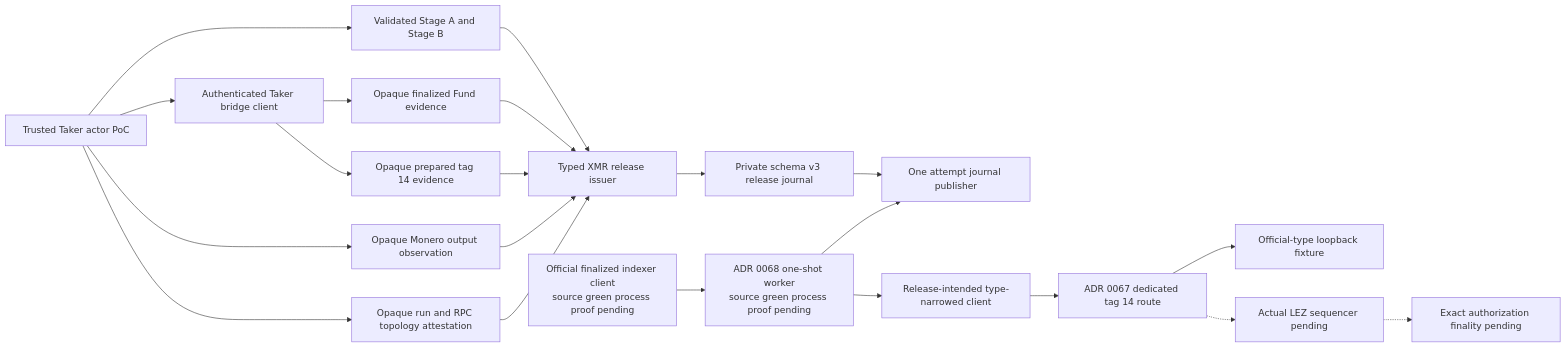
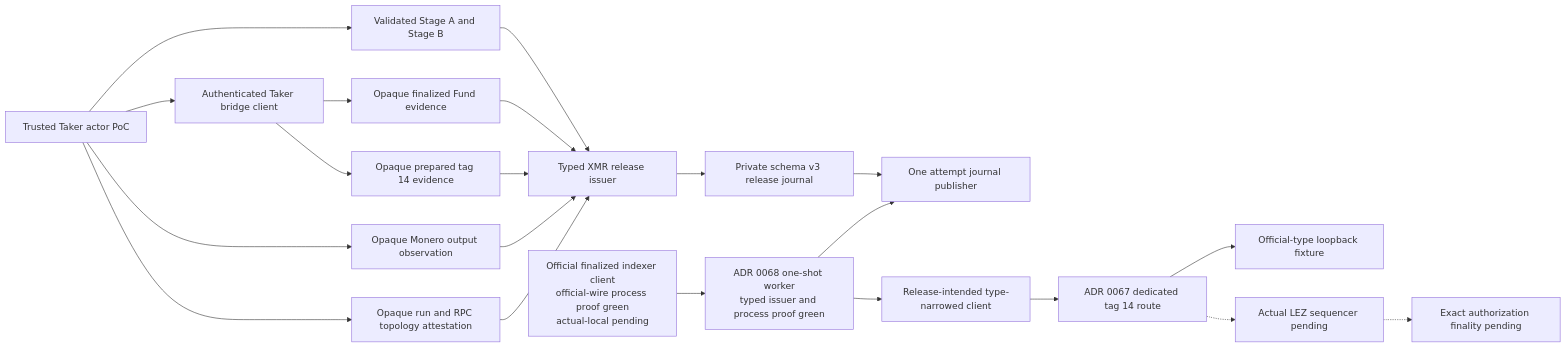
Before and after one commit to gateway-fm/lez-atomic-swaps: the first of 2 diagrams in docs/architecture/0065-bind-xmr-release-to-opaque-evidence.md, drawn with Mermaid. The commit also changed 17 other files, not shown here.

Commit message:
test(m4): prove release worker process restart

````diff
--- a/docs/architecture/0065-bind-xmr-release-to-opaque-evidence.md
+++ b/docs/architecture/0065-bind-xmr-release-to-opaque-evidence.md
@@ -75,23 +75,23 @@
 ```mermaid
 flowchart LR
     Actor["Trusted Taker actor PoC"] --> StageB["Validated Stage A and Stage B"]
     Actor --> Bridge["Authenticated Taker bridge client"]
     Bridge --> Fund["Opaque finalized Fund evidence"]
     Bridge --> Auth["Opaque prepared tag 14 evidence"]
     Actor --> Monero["Opaque Monero output observation"]
     Actor --> Topology["Opaque run and RPC topology attestation"]
     StageB --> Issuer["Typed XMR release issuer"]
     Fund --> Issuer
     Auth --> Issuer
     Monero --> Issuer
     Topology --> Issuer
     Issuer --> Journal["Private schema v3 release journal"]
     Journal --> Publisher["One attempt journal publisher"]
-    ReleaseService["ADR 0068 one-shot worker<br/>source green process proof pending"] --> Publisher
-    FinalClock["Official finalized indexer client<br/>source green process proof pending"] --> ReleaseService
+    ReleaseService["ADR 0068 one-shot worker<br/>typed issuer and process proof green"] --> Publisher
+    FinalClock["Official finalized indexer client<br/>official-wire process proof green<br/>actual-local pending"] --> ReleaseService
     ReleaseService --> ReleaseClient["Release-intended type-narrowed client"]
     ReleaseClient --> Route["ADR 0067 dedicated tag 14 route"]
     Route --> Fixture["Official-type loopback fixture"]
     Route -.-> ActualNode["Actual LEZ sequencer pending"]
     ActualNode -.-> Finality["Exact authorization finality pending"]
 ```
````
